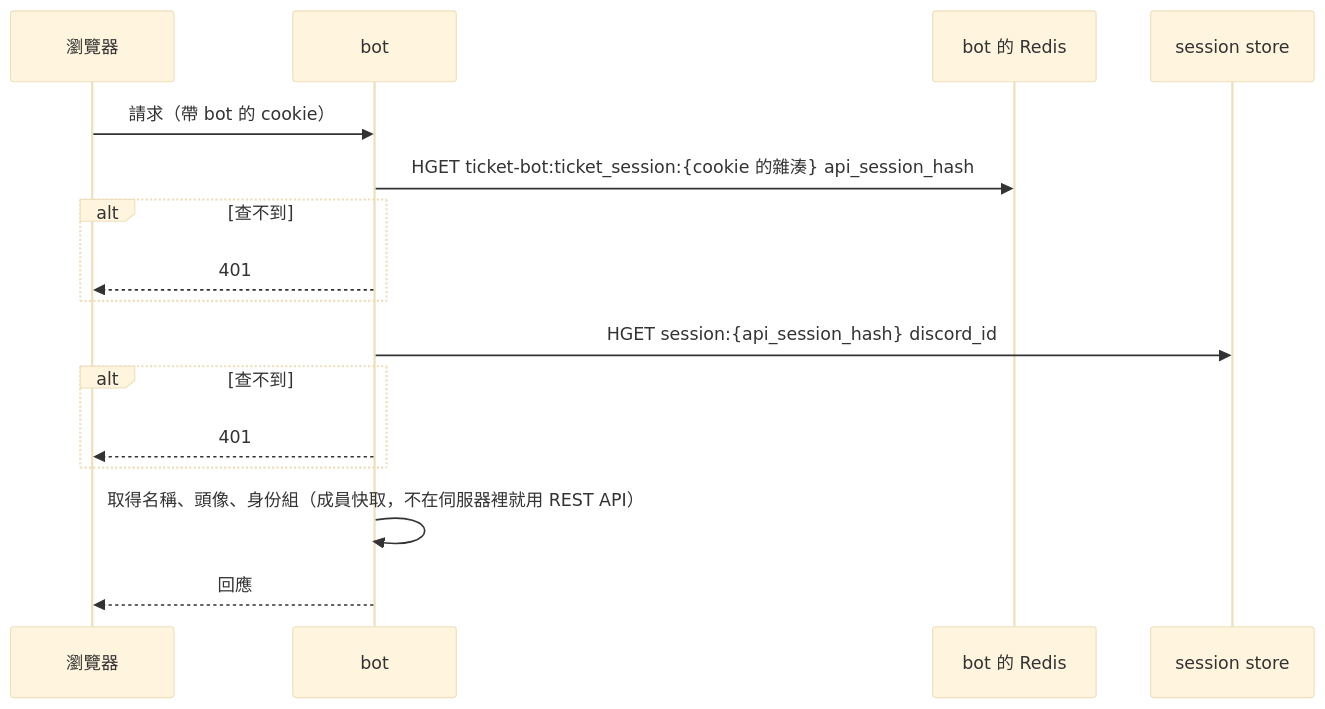
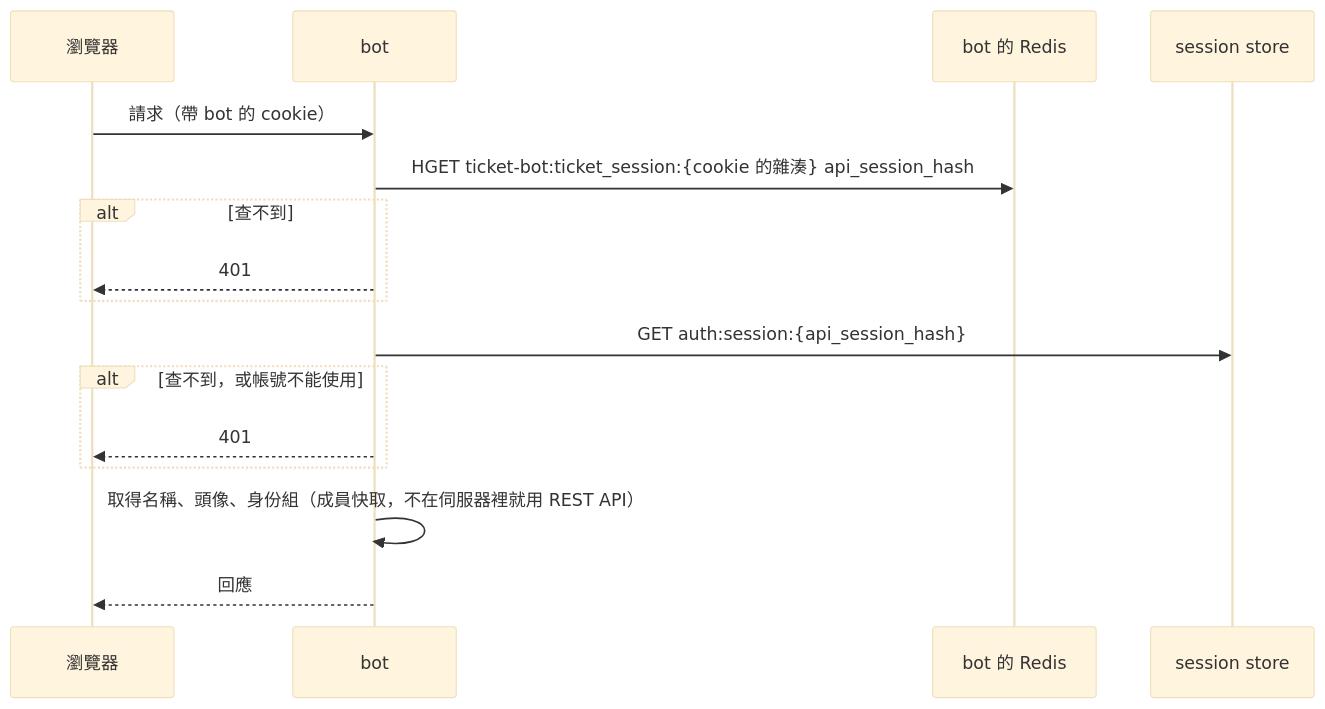
One commit to taiwanfrp/discord-bot changed the second of 2 diagrams in docs/auth.md. Above: the diagram before and after it, drawn with Mermaid (base theme). The commit also changed other lines of this file and 9 other files, not shown here.

Commit message:
feat: read the main api's session format and add the guild id and last message time to the api

````diff
--- a/docs/auth.md
+++ b/docs/auth.md
@@ -47,19 +47,19 @@
 ```mermaid
 sequenceDiagram
     participant Br as 瀏覽器
     participant B as bot
     participant R as bot 的 Redis
     participant S as session store
 
     Br->>B: 請求（帶 bot 的 cookie）
     B->>R: HGET ticket-bot:ticket_session:{cookie 的雜湊} api_session_hash
     alt 查不到
         B-->>Br: 401
     end
-    B->>S: HGET session:{api_session_hash} discord_id
-    alt 查不到
+    B->>S: GET auth:session:{api_session_hash}
+    alt 查不到，或帳號不能使用
         B-->>Br: 401
     end
     B->>B: 取得名稱、頭像、身份組（成員快取，不在伺服器裡就用 REST API）
     B-->>Br: 回應
 ```
````
